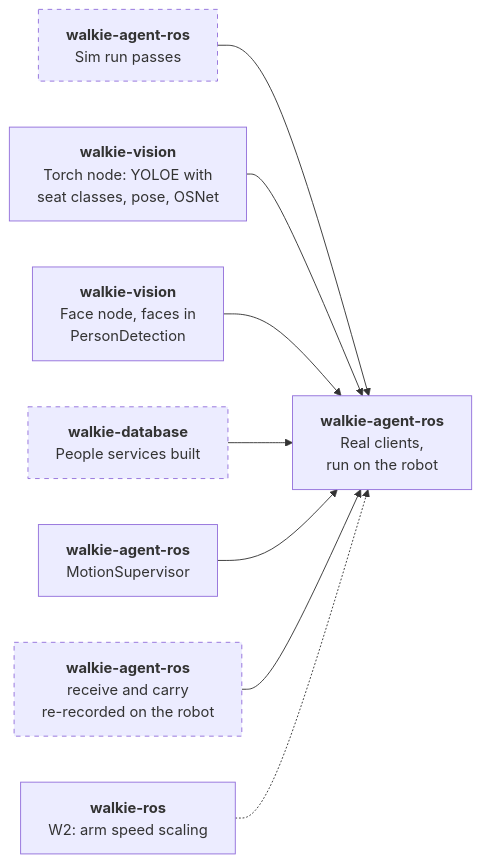
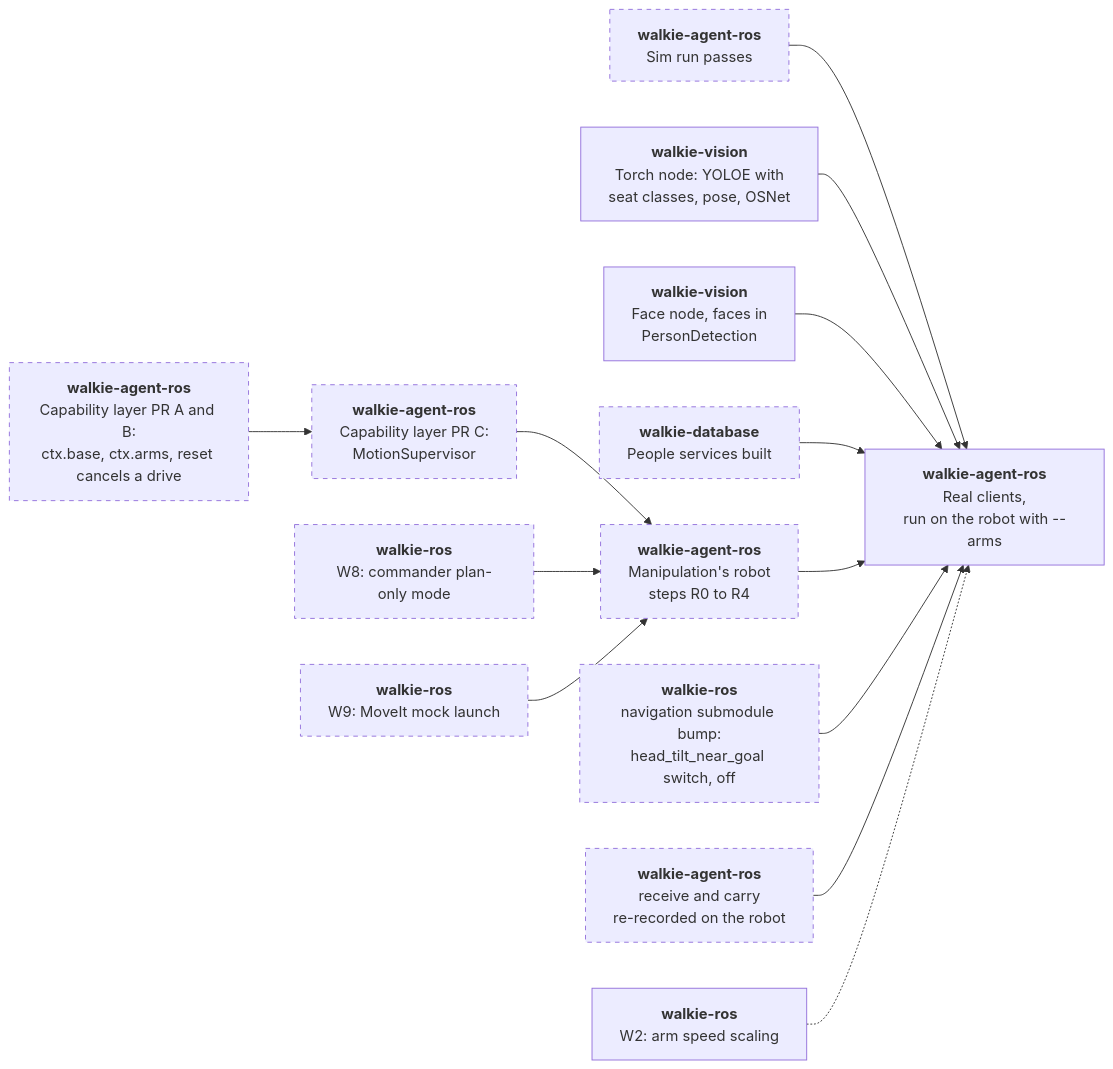
Before and after one commit to EIC-Robocup-2026/walkie-agent-ros: the fourth of 4 diagrams in docs/architecture/hri.md, drawn with Mermaid. The commit also changed other lines of this file and 10 other files, not shown here.

````diff
--- a/docs/architecture/hri.md
+++ b/docs/architecture/hri.md
@@ -910,21 +916,31 @@
 ```mermaid
 flowchart LR
     t["<b>walkie-agent-ros</b><br/>Sim run passes"]:::proposed
     v1["<b>walkie-vision</b><br/>Torch node: YOLOE with<br/>seat classes, pose, OSNet"]
     v2["<b>walkie-vision</b><br/>Face node, faces in<br/>PersonDetection"]
     d3["<b>walkie-database</b><br/>People services built"]:::proposed
-    ac["<b>walkie-agent-ros</b><br/>MotionSupervisor"]
+    cb["<b>walkie-agent-ros</b><br/>Capability layer PR A and B:<br/>ctx.base, ctx.arms, reset cancels a drive"]:::proposed
+    ac["<b>walkie-agent-ros</b><br/>Capability layer PR C:<br/>MotionSupervisor"]:::proposed
+    ht["<b>walkie-ros</b><br/>navigation submodule bump:<br/>head_tilt_near_goal switch, off"]:::proposed
+    w8["<b>walkie-ros</b><br/>W8: commander plan-only mode"]:::proposed
+    w9["<b>walkie-ros</b><br/>W9: MoveIt mock launch"]:::proposed
+    rs["<b>walkie-agent-ros</b><br/>Manipulation's robot<br/>steps R0 to R4"]:::proposed
     rp["<b>walkie-agent-ros</b><br/>receive and carry<br/>re-recorded on the robot"]:::proposed
     w2["<b>walkie-ros</b><br/>W2: arm speed scaling"]
-    r["<b>walkie-agent-ros</b><br/>Real clients,<br/>run on the robot"]
+    r["<b>walkie-agent-ros</b><br/>Real clients,<br/>run on the robot with --arms"]
 
     t --> r
     v1 --> r
     v2 --> r
     d3 --> r
-    ac --> r
+    cb --> ac
+    ac --> rs
+    w8 --> rs
+    w9 --> rs
+    rs --> r
+    ht --> r
     rp --> r
     w2 -.-> r
 
     classDef proposed stroke-dasharray: 5 5;
 ```
````
